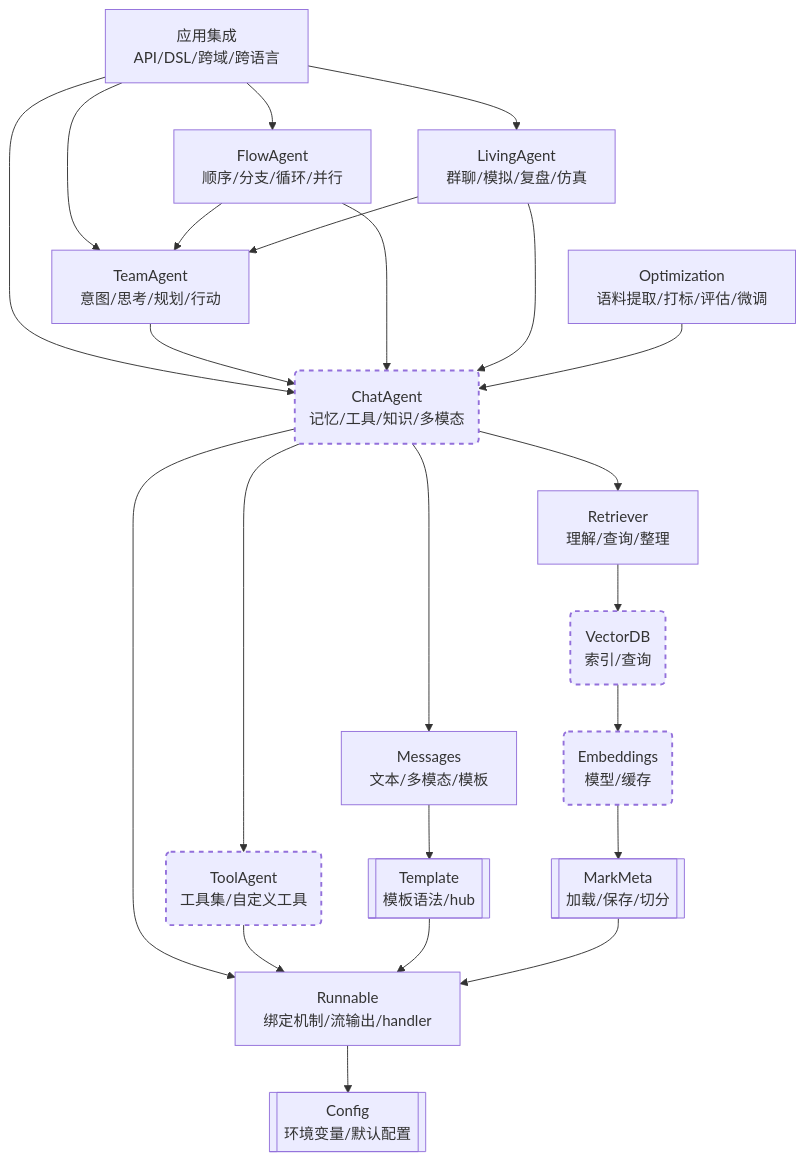
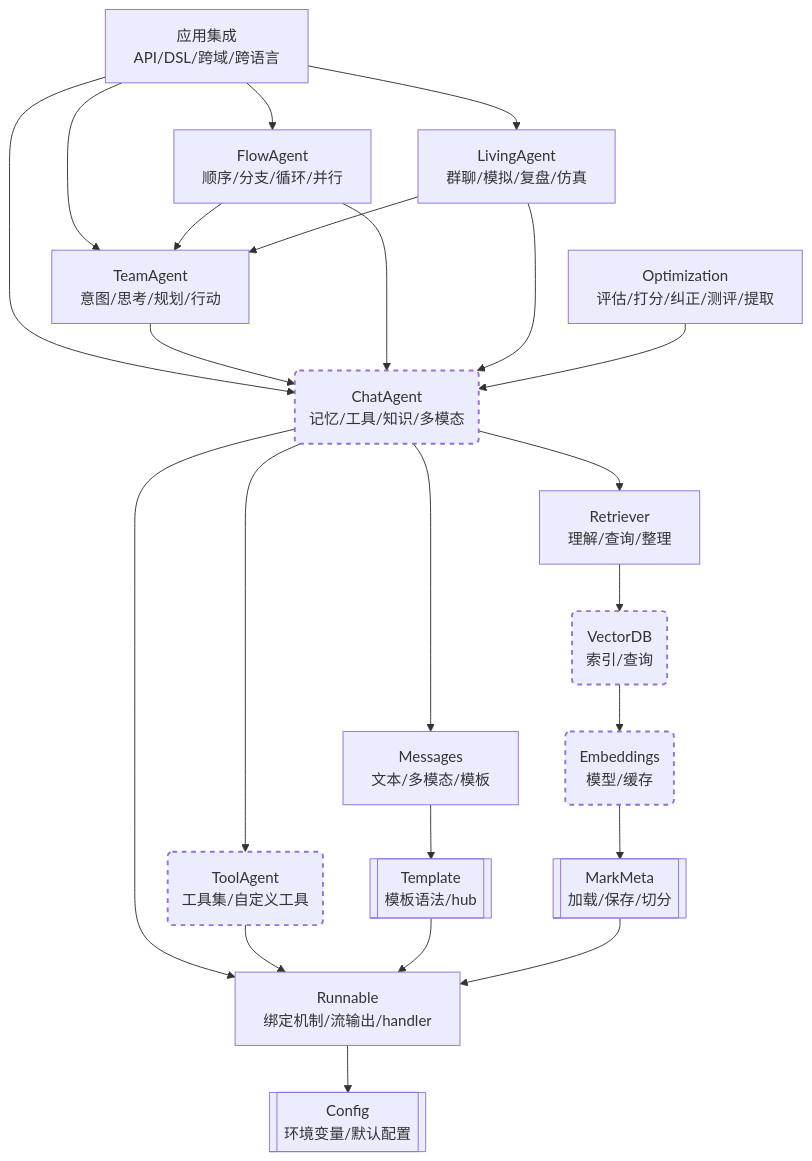
One commit to arcstep/illufly changed the first of 2 diagrams in notes/index.md. Above: the diagram before and after it, drawn with Mermaid. The commit also changed 8 other files, not shown here.

````diff
--- a/notes/index.md
+++ b/notes/index.md
@@ -5,39 +5,39 @@
 ```mermaid
 graph TD
     Config[[Config<br>环境变量/默认配置]]
     Runnable[Runnable<br>绑定机制/流输出/handler]
 
     Application[应用集成<br>API/DSL/跨域/跨语言]
-    Optimization[Optimization<br>语料提取/打标/评估/微调]
+    Optimization[Optimization<br>评估/打分/纠正/测评/提取]
     Living[LivingAgent<br>群聊/模拟/复盘/仿真]
     Flow[FlowAgent<br>顺序/分支/循环/并行]
 
     Team[TeamAgent<br>意图/思考/规划/行动]
     Agent(ChatAgent<br>记忆/工具/知识/多模态)
     ToolAgent(ToolAgent<br>工具集/自定义工具)
     Messages[Messages<br>文本/多模态/模板]
     Template[[Template<br>模板语法/hub]]
 
     MarkMeta[[MarkMeta<br>加载/保存/切分]]
     VectorDB(VectorDB<br>索引/查询)
     Emb(Embeddings<br>模型/缓存)
     Retriever[Retriever<br>理解/查询/整理]
 
     Application --> Agent
     Application --> Team
     Application --> Flow --> Team --> Agent
     Flow --> Agent
     Application --> Living --> Team
     Living --> Agent
     Optimization --> Agent
     Agent --> Runnable --> Config
     Agent --> ToolAgent --> Runnable
     Agent --> Messages -->  Template --> Runnable
     Agent --> Retriever --> VectorDB --> Emb --> MarkMeta --> Runnable
 
     style Agent stroke-width:2px,stroke-dasharray:5 5
     style ToolAgent stroke-width:2px,stroke-dasharray:5 5
     style VectorDB stroke-width:2px,stroke-dasharray:5 5
     style Emb stroke-width:2px,stroke-dasharray:5 5
 
 ```
````
